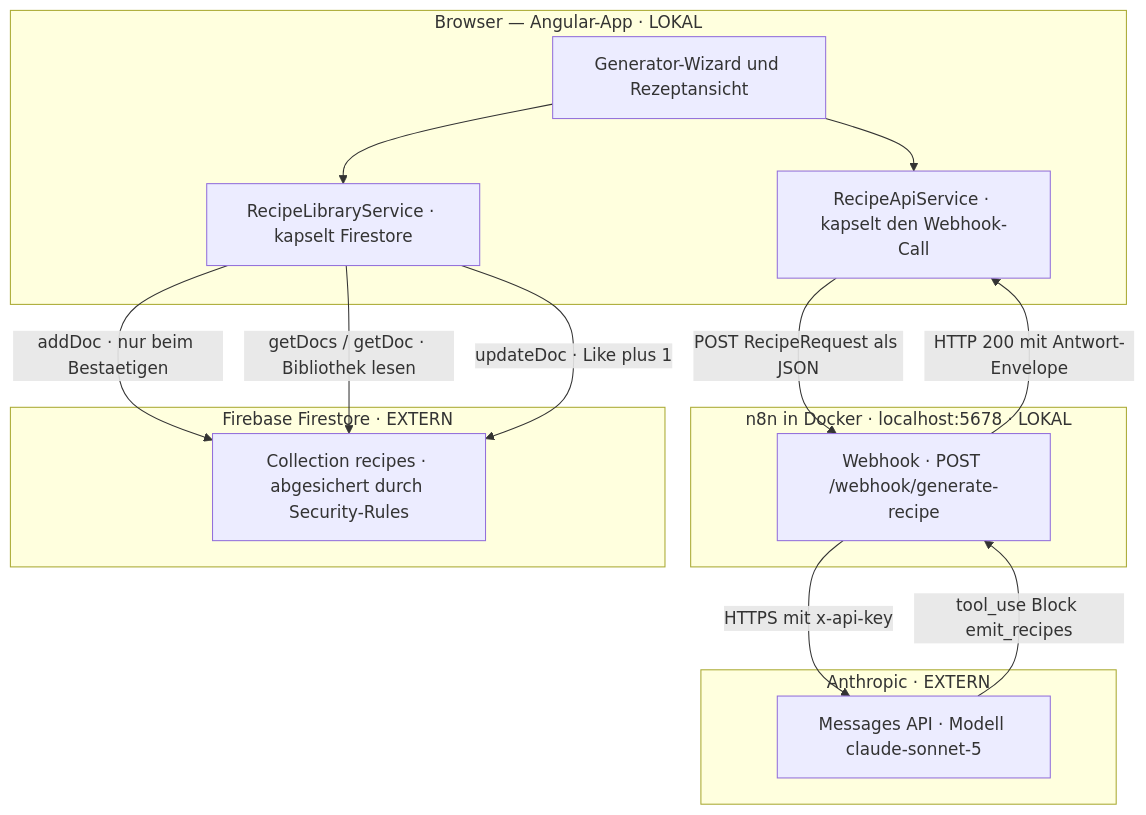
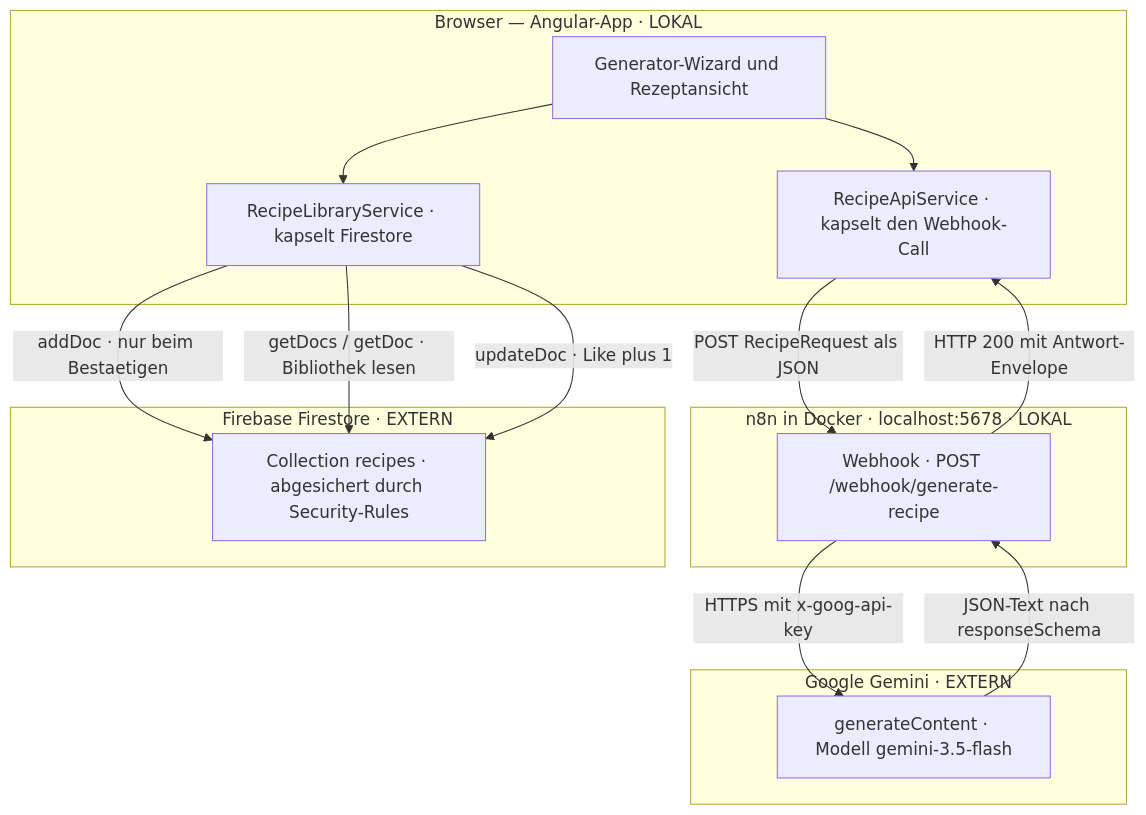
The first of 4 diagrams in docs/architektur.md (ttoebbe/code-a-cuisine), drawn with Mermaid before and after one commit. The commit also changed other lines of this file and 7 other files, not shown here.

First line of the commit message:
refactor(n8n): switch recipe generation from Claude to Gemini

````diff
--- a/docs/architektur.md
+++ b/docs/architektur.md
@@ -27,32 +27,32 @@
 ```mermaid
 flowchart TB
   subgraph browser["Browser — Angular-App · LOKAL"]
     ui["Generator-Wizard und Rezeptansicht"]
     apiSvc["RecipeApiService · kapselt den Webhook-Call"]
     libSvc["RecipeLibraryService · kapselt Firestore"]
   end
 
   subgraph n8nbox["n8n in Docker · localhost:5678 · LOKAL"]
     hook["Webhook · POST /webhook/generate-recipe"]
   end
 
-  subgraph anthropic["Anthropic · EXTERN"]
-    claude["Messages API · Modell claude-sonnet-5"]
+  subgraph google["Google Gemini · EXTERN"]
+    gemini["generateContent · Modell gemini-3.5-flash"]
   end
 
   subgraph firebase["Firebase Firestore · EXTERN"]
     store["Collection recipes · abgesichert durch Security-Rules"]
   end
 
   ui --> apiSvc
   ui --> libSvc
 
   apiSvc -- "POST RecipeRequest als JSON" --> hook
-  hook -- "HTTPS mit x-api-key" --> claude
-  claude -- "tool_use Block emit_recipes" --> hook
+  hook -- "HTTPS mit x-goog-api-key" --> gemini
+  gemini -- "JSON-Text nach responseSchema" --> hook
   hook -- "HTTP 200 mit Antwort-Envelope" --> apiSvc
 
   libSvc -- "addDoc · nur beim Bestaetigen" --> store
   libSvc -- "getDocs / getDoc · Bibliothek lesen" --> store
   libSvc -- "updateDoc · Like plus 1" --> store
 ```
````
